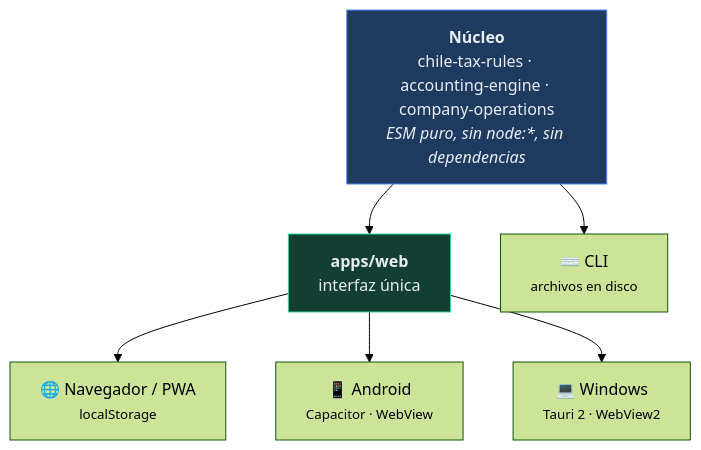
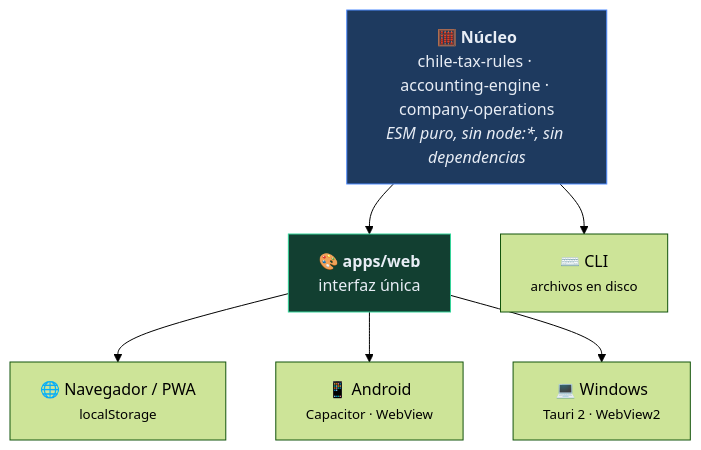
One commit to vladimiracunadev-create/empresa-operativa-chile changed the second of 4 diagrams in README.md. Above: the diagram before and after it, drawn with Mermaid (forest theme). The commit also changed other lines of this file and 46 other files, not shown here.

````diff
--- a/README.md
+++ b/README.md
@@ -136,14 +197,14 @@
 ```mermaid
 flowchart TB
-    CORE["<b>Núcleo</b><br/>chile-tax-rules · accounting-engine · company-operations<br/><i>ESM puro, sin node:*, sin dependencias</i>"]
-    UI["<b>apps/web</b><br/>interfaz única"]
+    CORE["🧮 <b>Núcleo</b><br/>chile-tax-rules · accounting-engine · company-operations<br/><i>ESM puro, sin node:*, sin dependencias</i>"]
+    UI["🎨 <b>apps/web</b><br/>interfaz única"]
     CORE --> UI
 
     UI --> WEB["🌐 Navegador / PWA<br/><small>localStorage</small>"]
     UI --> AND["📱 Android<br/><small>Capacitor · WebView</small>"]
     UI --> WIN["💻 Windows<br/><small>Tauri 2 · WebView2</small>"]
     CORE --> CLI["⌨️ CLI<br/><small>archivos en disco</small>"]
 
     style CORE fill:#1e3a5f,stroke:#4f8cff,color:#e8edf5
     style UI fill:#123f31,stroke:#34d399,color:#e8edf5
 ```
````
